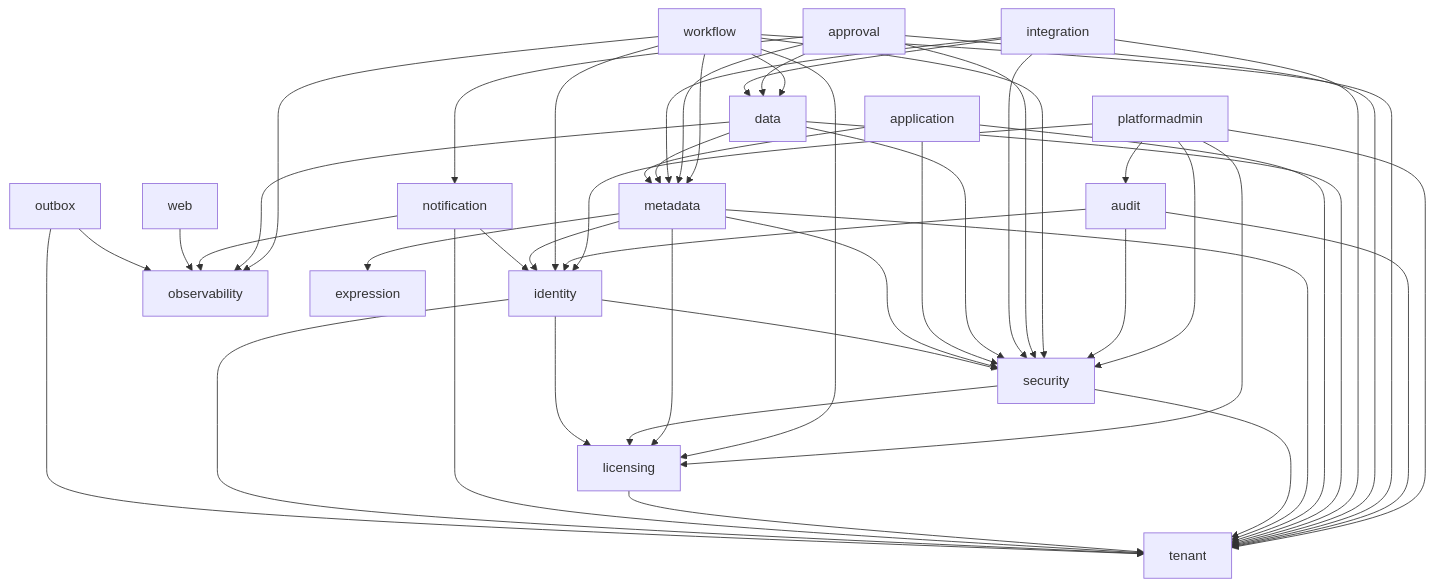
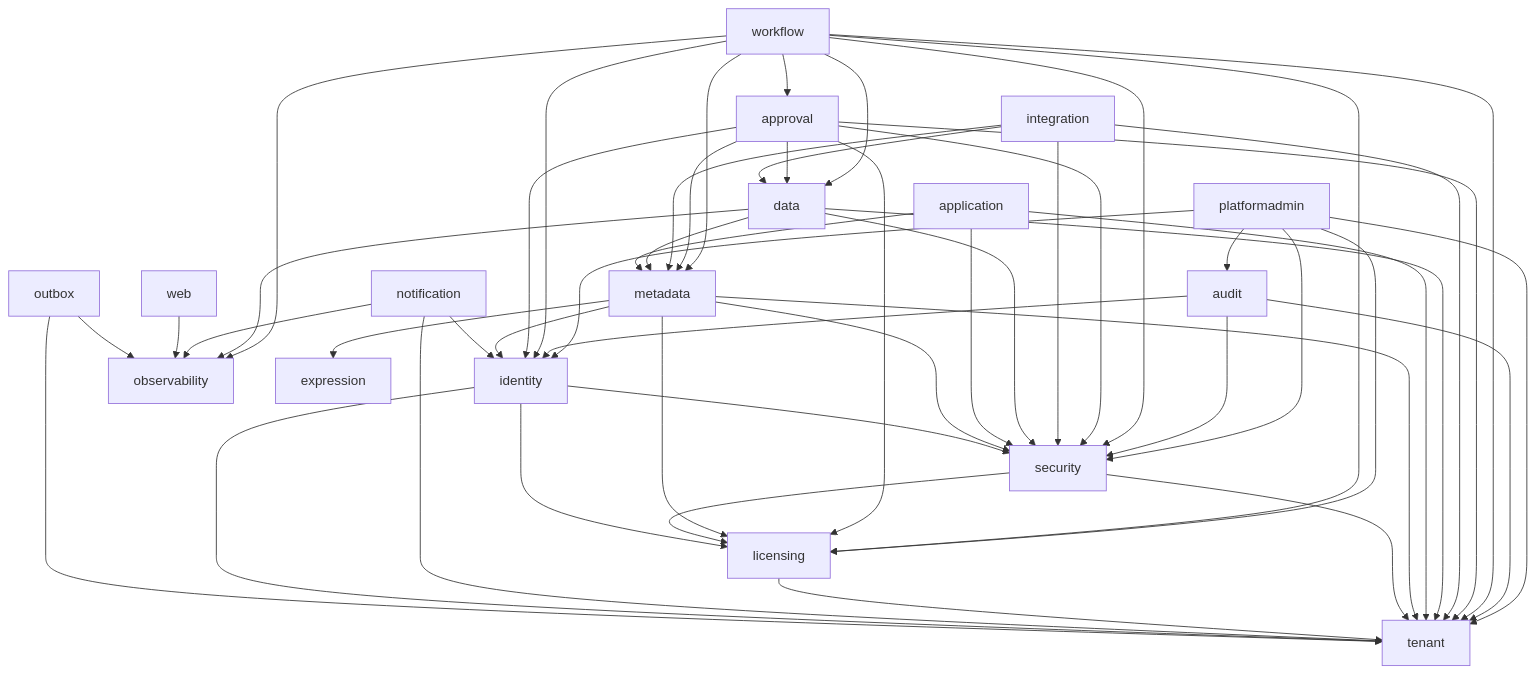
One commit to JKCloudbridge/SaaSJAVA changed the diagram in docs/modules.md. Above: the diagram before and after it, drawn with Mermaid. The commit also changed other lines of this file and 205 other files, not shown here.

````diff
--- a/docs/modules.md
+++ b/docs/modules.md
@@ -31,17 +31,17 @@
 ```mermaid
 graph TD
   platformadmin --> licensing & identity & security & audit & tenant
   audit --> identity & security & tenant
-  workflow --> data & metadata & security & identity & licensing & observability & tenant
-  approval --> notification & data & metadata & security & tenant
+  workflow --> data & metadata & security & identity & licensing & observability & tenant & approval
+  approval --> data & metadata & security & identity & licensing & tenant
   integration --> data & metadata & security & tenant
   data --> metadata & security & tenant & observability
   application --> metadata & security & tenant
   metadata --> security & identity & tenant & expression & licensing
   security --> licensing & tenant
   licensing --> tenant
   notification --> identity & tenant & observability
   identity --> tenant & licensing & security
   web --> observability
   outbox --> tenant & observability
 ```
````
